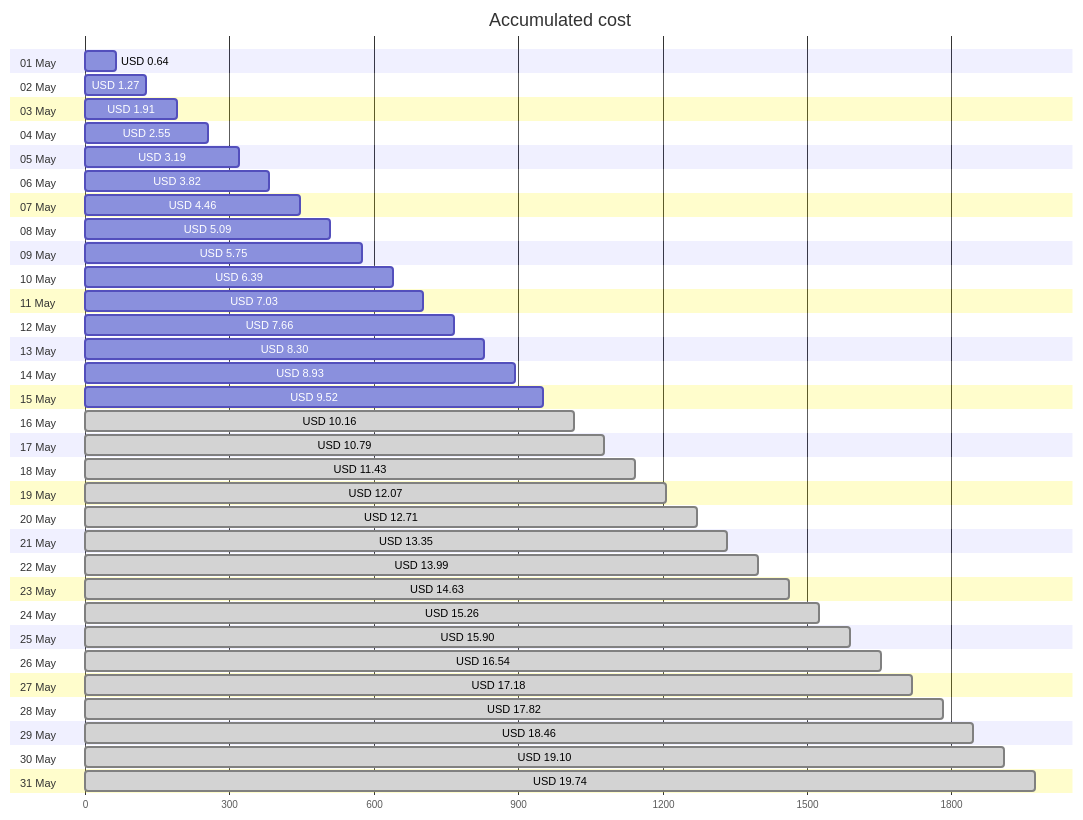
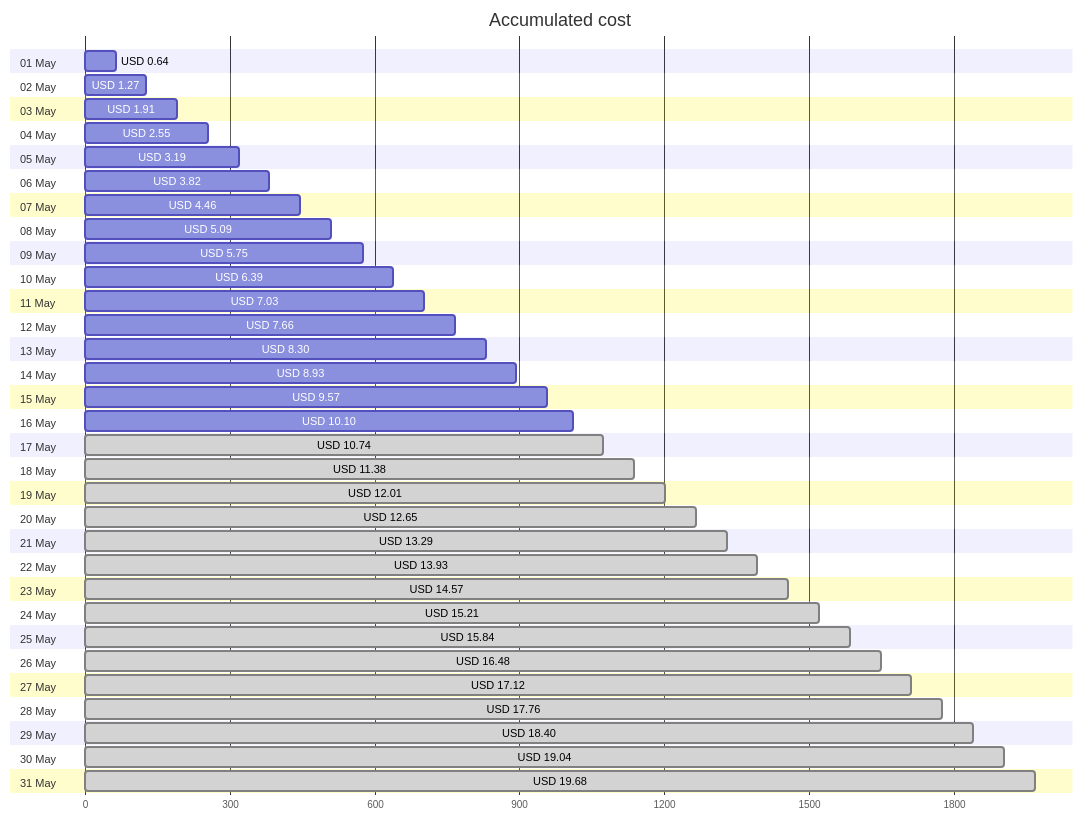
One commit to jpfulton/azure-personal-reports changed the first of 4 diagrams in cost-reports/accumulated-cost.md. Above: the diagram before and after it, drawn with Mermaid. The commit also changed other lines of this file and 4 other files, not shown here.

````diff
--- a/cost-reports/accumulated-cost.md
+++ b/cost-reports/accumulated-cost.md
@@ -20,68 +20,68 @@
 ```mermaid
 gantt
    title Accumulated cost
    dateFormat  X
    axisFormat %s
    section 01 May
    USD 0.64 :0, 64
    section 02 May
    USD 1.27 :0, 127
    section 03 May
    USD 1.91 :0, 191
    section 04 May
    USD 2.55 :0, 255
    section 05 May
    USD 3.19 :0, 319
    section 06 May
    USD 3.82 :0, 382
    section 07 May
    USD 4.46 :0, 446
    section 08 May
    USD 5.09 :0, 509
    section 09 May
    USD 5.75 :0, 575
    section 10 May
    USD 6.39 :0, 639
    section 11 May
    USD 7.03 :0, 703
    section 12 May
    USD 7.66 :0, 766
    section 13 May
    USD 8.30 :0, 830
    section 14 May
    USD 8.93 :0, 893
    section 15 May
-   USD 9.52 :0, 952
+   USD 9.57 :0, 957
    section 16 May
-   USD 10.16 : done, 0, 1016
+   USD 10.10 :0, 1010
    section 17 May
-   USD 10.79 : done, 0, 1079
+   USD 10.74 : done, 0, 1074
    section 18 May
-   USD 11.43 : done, 0, 1143
+   USD 11.38 : done, 0, 1138
    section 19 May
-   USD 12.07 : done, 0, 1207
+   USD 12.01 : done, 0, 1201
    section 20 May
-   USD 12.71 : done, 0, 1271
+   USD 12.65 : done, 0, 1265
    section 21 May
-   USD 13.35 : done, 0, 1335
+   USD 13.29 : done, 0, 1329
    section 22 May
-   USD 13.99 : done, 0, 1399
+   USD 13.93 : done, 0, 1393
    section 23 May
-   USD 14.63 : done, 0, 1463
+   USD 14.57 : done, 0, 1457
    section 24 May
-   USD 15.26 : done, 0, 1526
+   USD 15.21 : done, 0, 1521
    section 25 May
-   USD 15.90 : done, 0, 1590
+   USD 15.84 : done, 0, 1584
    section 26 May
-   USD 16.54 : done, 0, 1654
+   USD 16.48 : done, 0, 1648
    section 27 May
-   USD 17.18 : done, 0, 1718
+   USD 17.12 : done, 0, 1712
    section 28 May
-   USD 17.82 : done, 0, 1782
+   USD 17.76 : done, 0, 1776
    section 29 May
-   USD 18.46 : done, 0, 1846
+   USD 18.40 : done, 0, 1840
    section 30 May
-   USD 19.10 : done, 0, 1910
+   USD 19.04 : done, 0, 1904
    section 31 May
-   USD 19.74 : done, 0, 1974
+   USD 19.68 : done, 0, 1968
 ```
````
